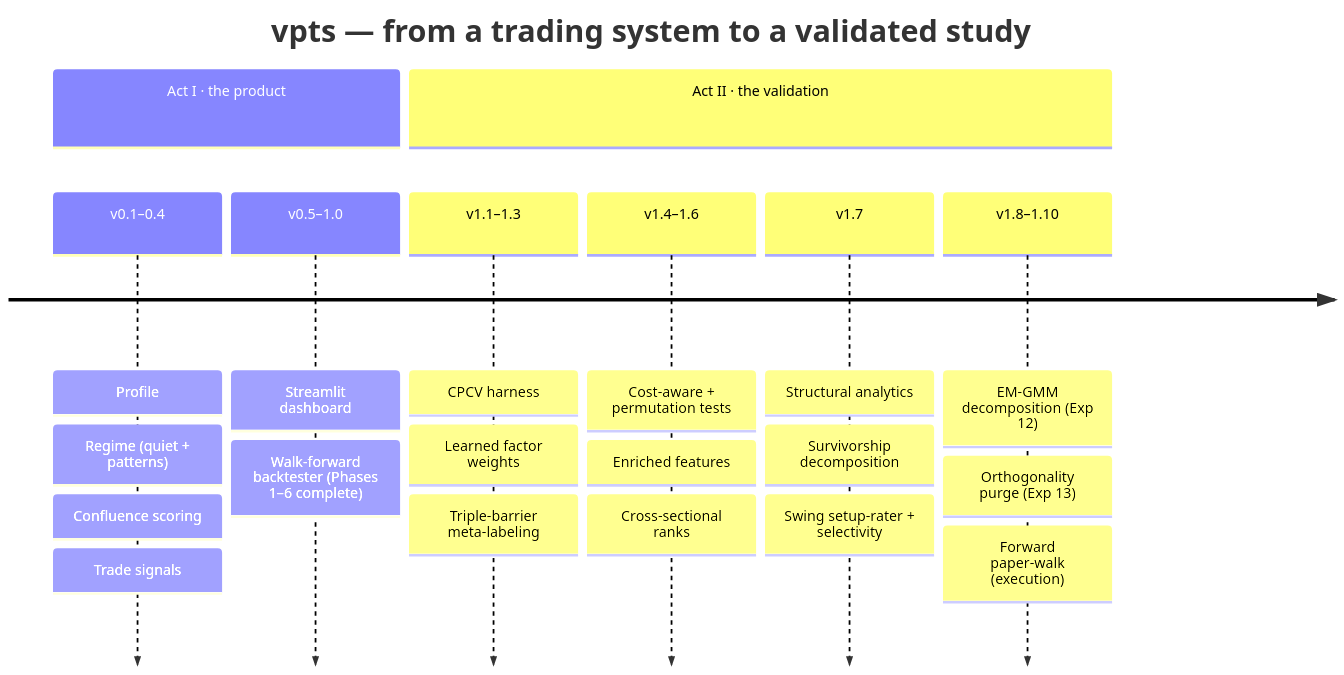
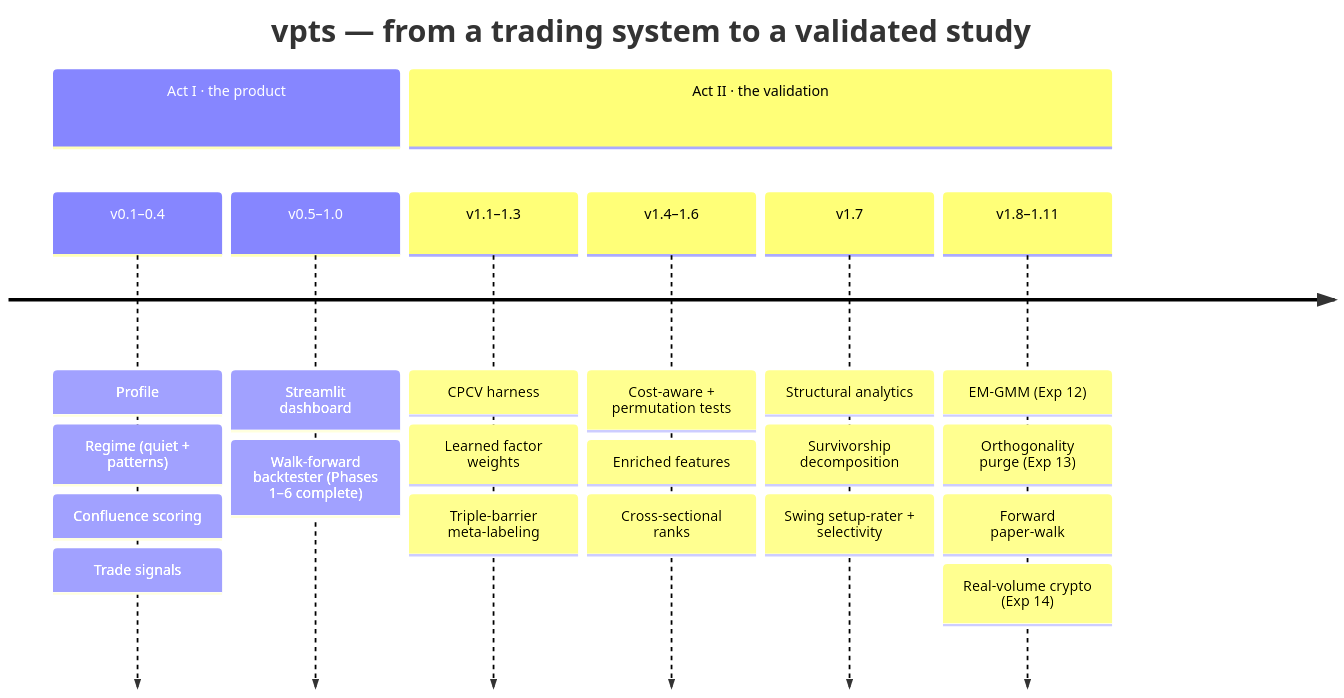
The third of 3 diagrams in README.md (RvL13Capital/Impfdireinen), drawn with Mermaid before and after one commit. The commit also changed other lines of this file and 12 other files, not shown here.

````diff
--- a/README.md
+++ b/README.md
@@ -218,12 +219,12 @@
 ```mermaid
 timeline
   title vpts — from a trading system to a validated study
   section Act I · the product
     v0.1–0.4 : Profile : Regime (quiet + patterns) : Confluence scoring : Trade signals
     v0.5–1.0 : Streamlit dashboard : Walk-forward backtester (Phases 1–6 complete)
   section Act II · the validation
     v1.1–1.3 : CPCV harness : Learned factor weights : Triple-barrier meta-labeling
     v1.4–1.6 : Cost-aware + permutation tests : Enriched features : Cross-sectional ranks
     v1.7 : Structural analytics : Survivorship decomposition : Swing setup-rater + selectivity
-    v1.8–1.10 : EM-GMM decomposition (Exp 12) : Orthogonality purge (Exp 13) : Forward paper-walk (execution)
+    v1.8–1.11 : EM-GMM (Exp 12) : Orthogonality purge (Exp 13) : Forward paper-walk : Real-volume crypto (Exp 14)
 ```
````
